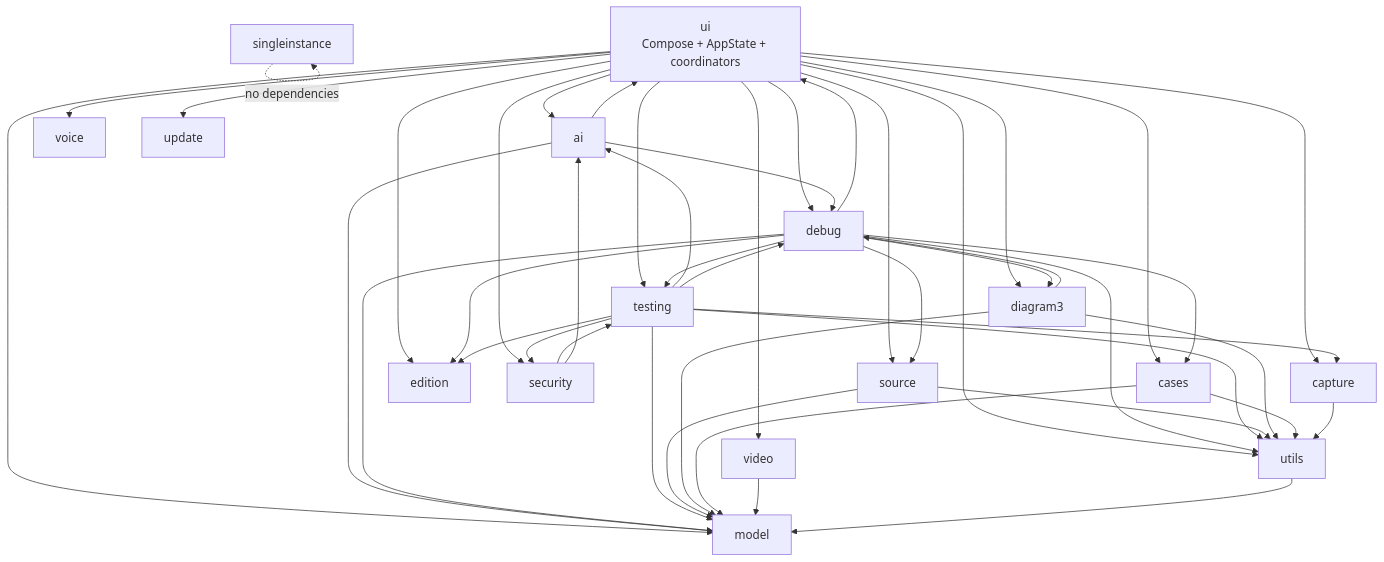
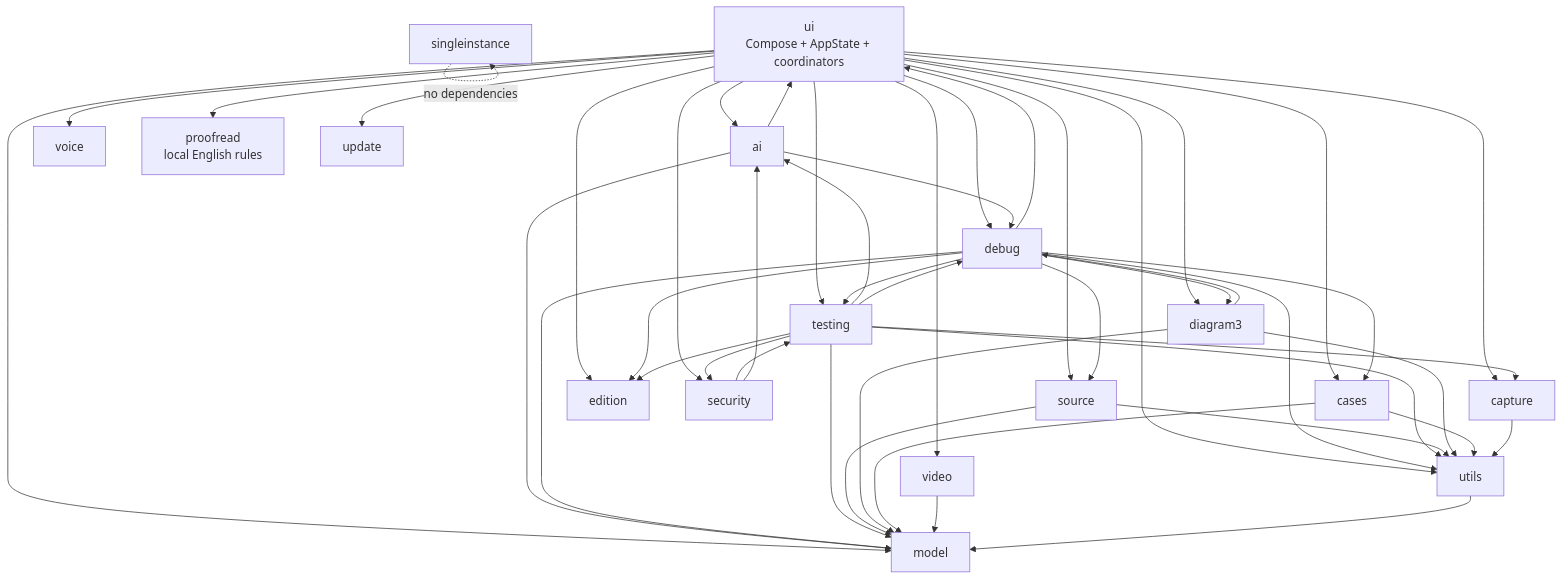
Before and after one commit to indagium/indagium: the third of 17 diagrams in docs/SAAD.md, drawn with Mermaid. The commit also changed other lines of this file and 37 other files, not shown here.

Commit message:
Add shared editor dictation and local English suggestions

````diff
--- a/docs/SAAD.md
+++ b/docs/SAAD.md
@@ -623,70 +624,72 @@
 ```mermaid
 flowchart TB
     ui["ui<br/>Compose + AppState + coordinators"]
     ai["ai"]
     debug["debug"]
     source["source"]
     diagram3["diagram3"]
     cases["cases"]
     utils["utils"]
     model["model"]
     video["video"]
     voice["voice"]
+    proofread["proofread<br/>local English rules"]
     update["update"]
     single["singleinstance"]
     capture["capture"]
     testing["testing"]
     edition["edition"]
     security["security"]
 
     ui --> ai
     ui --> debug
     ui --> source
     ui --> diagram3
     ui --> cases
     ui --> utils
     ui --> model
     ui --> video
     ui --> voice
+    ui --> proofread
     ui --> update
     ui --> capture
     ui --> testing
     ui --> edition
     ui --> security
 
     ai --> debug
     ai --> ui
     ai --> model
 
     debug --> ui
     debug --> utils
     debug --> model
     debug --> cases
     debug --> source
     debug --> diagram3
     debug --> testing
     debug --> edition
 
     testing --> ai
     testing --> debug
     testing --> capture
     testing --> utils
     testing --> model
     testing --> edition
     testing --> security
     security --> testing
     security --> ai
 
     source --> utils
     source --> model
     diagram3 --> utils
     diagram3 --> model
     diagram3 --> debug
     cases --> utils
     cases --> model
     video --> model
     capture --> utils
     utils --> model
 
     single -.->|"no dependencies"| single
 ```
````
